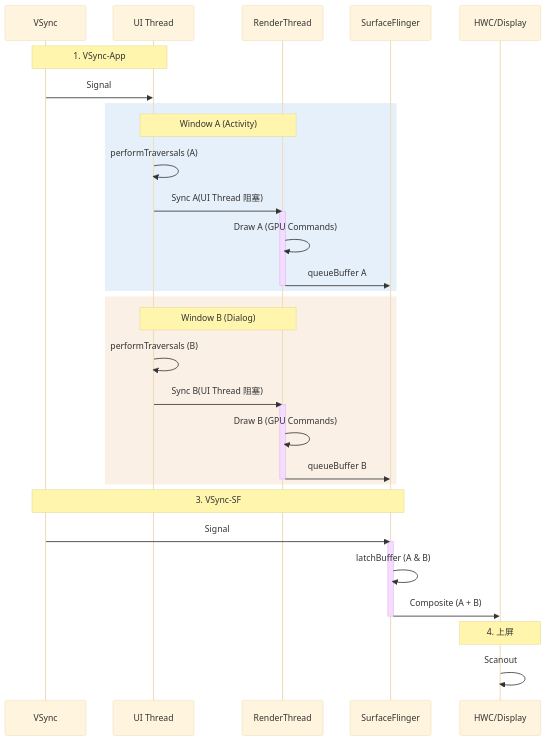
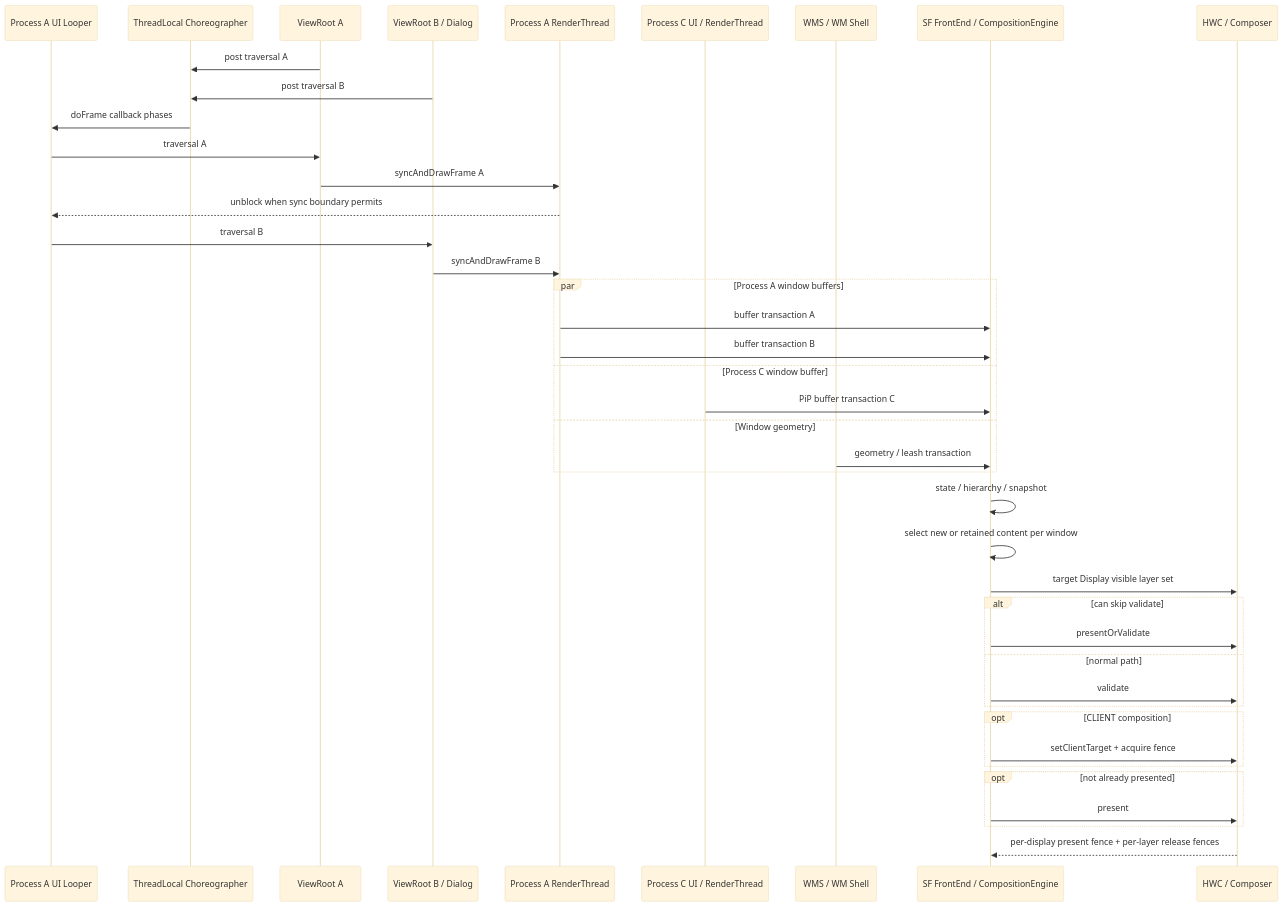
One commit to Gracker/android-internals-wiki changed the diagram in src/part2-performance/ch18-rendering-pipelines/05-android-view-multi-window.md. Above: the diagram before and after it, drawn with Mermaid (base theme). The commit also changed other lines of this file, not shown here.

Commit message:
docs(rendering): rebuild Android 17 multi-window pipeline

````diff
--- a/src/part2-performance/ch18-rendering-pipelines/05-android-view-multi-window.md
+++ b/src/part2-performance/ch18-rendering-pipelines/05-android-view-multi-window.md
@@ -219,41 +252,46 @@
 ```mermaid
 sequenceDiagram
-    participant HW as VSync
-    participant UI as UI Thread
-    participant RT as RenderThread
-    participant SF as SurfaceFlinger
-    participant HWC as HWC/Display
+    participant UI as Process A UI Looper
+    participant CH as ThreadLocal Choreographer
+    participant A as ViewRoot A
+    participant B as ViewRoot B / Dialog
+    participant RTA as Process A RenderThread
+    participant C as Process C UI / RenderThread
+    participant WMS as WMS / WM Shell
+    participant SF as SF FrontEnd / CompositionEngine
+    participant HWC as HWC / Composer
 
-    Note over HW, UI: 1. VSync-App
-    HW->>UI: Signal
+    A->>CH: post traversal A
+    B->>CH: post traversal B
+    CH->>UI: doFrame callback phases
+    UI->>A: traversal A
+    A->>RTA: syncAndDrawFrame A
+    RTA-->>UI: unblock when sync boundary permits
+    UI->>B: traversal B
+    B->>RTA: syncAndDrawFrame B
 
-    rect rgb(230, 240, 250)
-        Note over UI, RT: Window A (Activity)
-        UI->>UI: performTraversals (A)
-        UI->>RT: Sync A(UI Thread 阻塞)
-        activate RT
-        RT->>RT: Draw A (GPU Commands)
-        RT->>SF: queueBuffer A
-        deactivate RT
+    par Process A window buffers
+        RTA->>SF: buffer transaction A
+        RTA->>SF: buffer transaction B
+    and Process C window buffer
+        C->>SF: PiP buffer transaction C
+    and Window geometry
+        WMS->>SF: geometry / leash transaction
     end
 
-    rect rgb(250, 240, 230)
-        Note over UI, RT: Window B (Dialog)
-        UI->>UI: performTraversals (B)
-        UI->>RT: Sync B(UI Thread 阻塞)
-        activate RT
-        RT->>RT: Draw B (GPU Commands)
-        RT->>SF: queueBuffer B
-        deactivate RT
+    SF->>SF: state / hierarchy / snapshot
+    SF->>SF: select new or retained content per window
+    SF->>HWC: target Display visible layer set
+    alt can skip validate
+        SF->>HWC: presentOrValidate
+    else normal path
+        SF->>HWC: validate
     end
-
-    Note over HW, SF: 3. VSync-SF
-    HW->>SF: Signal
-    activate SF
-    SF->>SF: latchBuffer (A & B)
-    SF->>HWC: Composite (A + B)
-    deactivate SF
-
-    Note over HWC: 4. 上屏
-    HWC->>HWC: Scanout
+    opt CLIENT composition
+        SF->>HWC: setClientTarget + acquire fence
+    end
+    opt not already presented
+        SF->>HWC: present
+    end
+    HWC-->>SF: per-display present fence + per-layer release fences
 ```
````
